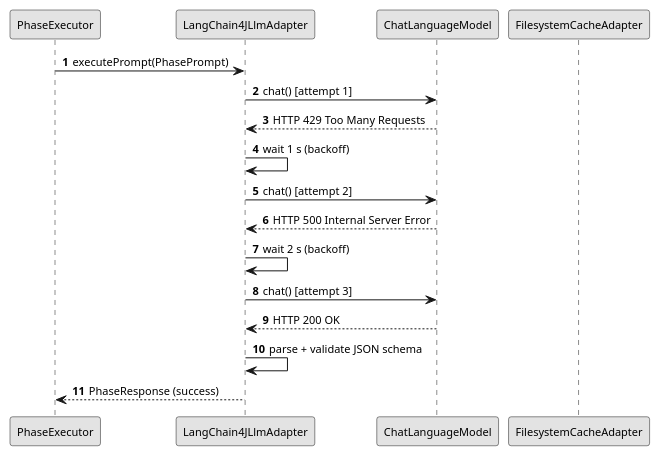
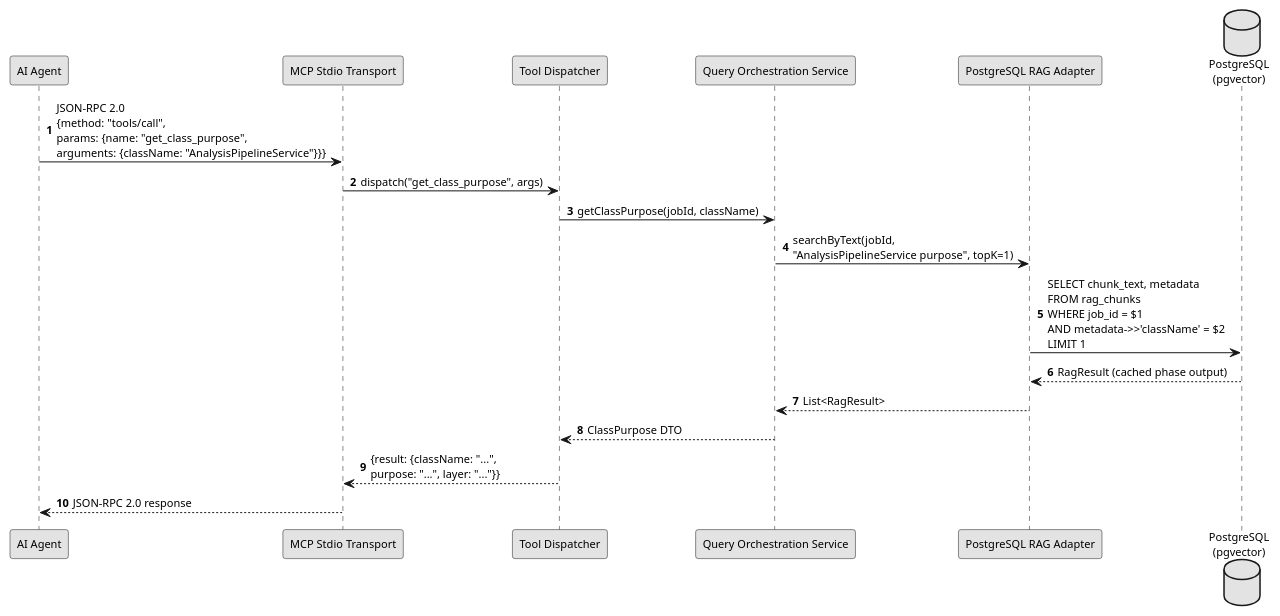
One commit to JohannesRabauer/java-project-analyser changed the second of 6 diagrams in src/docs/arc42/chapters/06-runtime-view.adoc. Above: the diagram before and after it, drawn with PlantUML. The commit also changed other lines of this file and 20 other files, not shown here.

First line of the commit message:
docs: rewrite PRD, arc42, README for headless MCP server design

```diff
--- a/src/docs/arc42/chapters/06-runtime-view.adoc
+++ b/src/docs/arc42/chapters/06-runtime-view.adoc
@@ -55,29 +81,26 @@
-[plantuml, sc-02-retry, svg]
+[plantuml, sc-02-precomputed, svg]
 ....
 @startuml
 skinparam monochrome true
 skinparam defaultFontSize 11
 autonumber
 
-participant "PhaseExecutor" as Phase
-participant "LangChain4JLlmAdapter" as Adapter
-participant "ChatLanguageModel" as LLM
-participant "FilesystemCacheAdapter" as Cache
+participant "AI Agent" as Agent
+participant "MCP Stdio Transport" as Transport
+participant "Tool Dispatcher" as Dispatcher
+participant "Query Orchestration Service" as QuerySvc
+participant "PostgreSQL RAG Adapter" as RagAdapter
+database "PostgreSQL\n(pgvector)" as DB
 
-Phase -> Adapter : executePrompt(PhasePrompt)
-
-Adapter -> LLM : chat() [attempt 1]
-LLM --> Adapter : HTTP 429 Too Many Requests
-
-Adapter -> Adapter : wait 1 s (backoff)
-Adapter -> LLM : chat() [attempt 2]
-LLM --> Adapter : HTTP 500 Internal Server Error
-
-Adapter -> Adapter : wait 2 s (backoff)
-Adapter -> LLM : chat() [attempt 3]
-LLM --> Adapter : HTTP 200 OK
-
-Adapter -> Adapter : parse + validate JSON schema
-Adapter --> Phase : PhaseResponse (success)
+Agent -> Transport : JSON-RPC 2.0\n{method: "tools/call",\nparams: {name: "get_class_purpose",\narguments: {className: "AnalysisPipelineService"}}}
+Transport -> Dispatcher : dispatch("get_class_purpose", args)
+Dispatcher -> QuerySvc : getClassPurpose(jobId, className)
+QuerySvc -> RagAdapter : searchByText(jobId,\n"AnalysisPipelineService purpose", topK=1)
+RagAdapter -> DB : SELECT chunk_text, metadata\nFROM rag_chunks\nWHERE job_id = $1\nAND metadata->>'className' = $2\nLIMIT 1
+DB --> RagAdapter : RagResult (cached phase output)
+RagAdapter --> QuerySvc : List<RagResult>
+QuerySvc --> Dispatcher : ClassPurpose DTO
+Dispatcher --> Transport : {result: {className: "...",\npurpose: "...", layer: "..."}}
+Transport --> Agent : JSON-RPC 2.0 response
 @enduml
 ....
```
